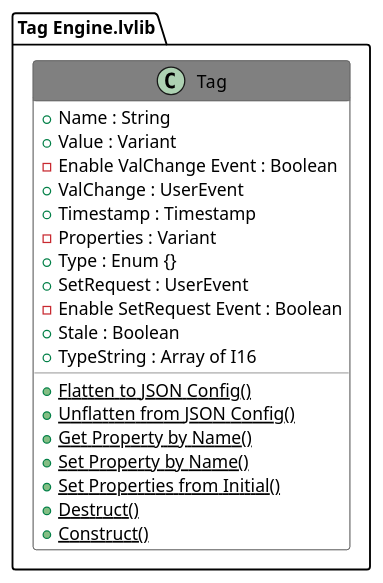
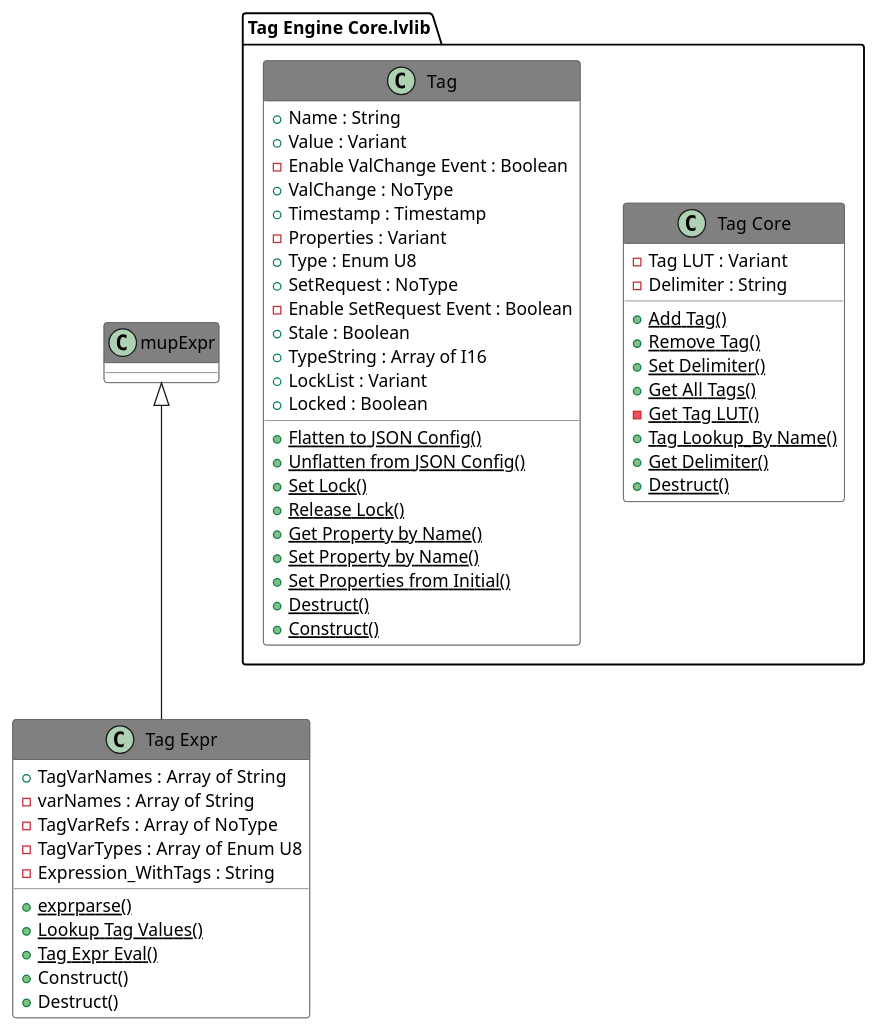
One commit to rfporter/tag-engine changed the diagram in Antidoc-Output/Includes/005.adoc. Above: the diagram before and after it, drawn with PlantUML. The commit also changed other lines of this file and 299 other files, not shown here.

```diff
--- a/Antidoc-Output/Includes/005.adoc
+++ b/Antidoc-Output/Includes/005.adoc
@@ -9,36 +20,71 @@
 [plantuml, format="svg", align="center"]
 ....
 @startuml
 set namespaceSeparator :
 skinparam ClassBackgroundColor #FFFFFF
 skinparam ClassBorderColor #555555
 skinparam ClassFontColor #000000
 skinparam ClassHeaderBackgroundColor #808080
 
 skinparam top to bottom direction
-class "Tag Engine.lvlib:Tag" {
+class "Tag Engine Core.lvlib:Tag Core" {
+{field} -Tag LUT : Variant
+{field} -Delimiter : String
+{static} {method} +Add Tag()
+{static} {method} +Remove Tag()
+{static} {method} +Set Delimiter()
+{static} {method} +Get All Tags()
+{static} {method} -Get Tag LUT()
+{static} {method} +Tag Lookup_By Name()
+{static} {method} +Get Delimiter()
+{static} {method} +Destruct()
+
+}
+
+
+class "Tag Engine Core.lvlib:Tag" {
 {field} +Name : String
 {field} +Value : Variant
 {field} -Enable ValChange Event : Boolean
-{field} +ValChange : UserEvent
+{field} +ValChange : NoType
 {field} +Timestamp : Timestamp
 {field} -Properties : Variant
-{field} +Type : Enum {}
-{field} +SetRequest : UserEvent
+{field} +Type : Enum U8
+{field} +SetRequest : NoType
 {field} -Enable SetRequest Event : Boolean
 {field} +Stale : Boolean
 {field} +TypeString : Array of I16
+{field} +LockList : Variant
+{field} +Locked : Boolean
 {static} {method} +Flatten to JSON Config()
 {static} {method} +Unflatten from JSON Config()
+{static} {method} +Set Lock()
+{static} {method} +Release Lock()
 {static} {method} +Get Property by Name()
 {static} {method} +Set Property by Name()
 {static} {method} +Set Properties from Initial()
 {static} {method} +Destruct()
 {static} {method} +Construct()
 
 }
 
 
+class "Tag Expr" {
+{field} +TagVarNames : Array of String
+{field} -varNames : Array of String
+{field} -TagVarRefs : Array of NoType
+{field} -TagVarTypes : Array of Enum U8
+{field} -Expression_WithTags : String
+{static} {method} +exprparse()
+{static} {method} +Lookup Tag Values()
+{static} {method} +Tag Expr Eval()
+{method} +Construct()
+{method} +Destruct()
+
+}
+"mupExpr" <|-- "Tag Expr"
+
+
 
 @enduml
 ....
```
